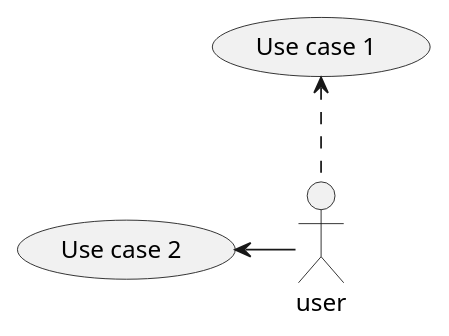
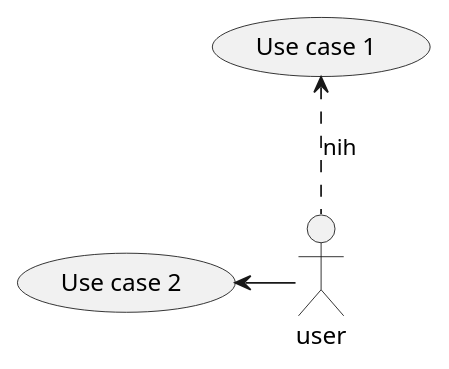
One commit to LukeMi/L-Android changed the diagram in 03Code/L_Android/uml/usecase-dash.puml. Above: the diagram before and after it, drawn with PlantUML. The commit also changed 5 other files, not shown here.

```diff
--- a/03Code/L_Android/uml/usecase-dash.puml
+++ b/03Code/L_Android/uml/usecase-dash.puml
@@ -1,6 +1,6 @@
 @startuml
 
-(Use case 1) <.. :user:
+(Use case 1) <.. :user: :nih
 (Use case 2) <- :user:
 
 @enduml
```
